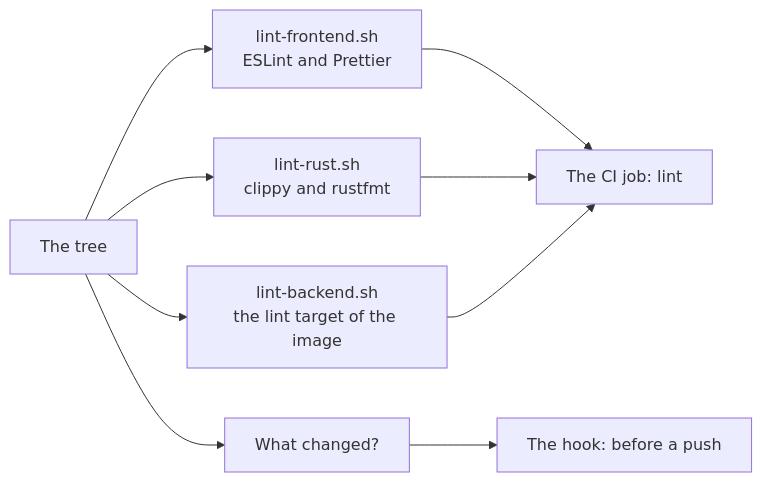
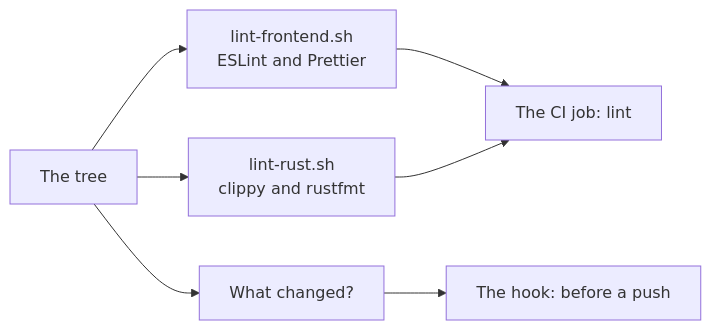
One commit to YueMi-Development/YueMi-Office changed the first of 2 diagrams in docs/linting.md. Above: the diagram before and after it, drawn with Mermaid. The commit also changed other lines of this file and 132 other files, not shown here.

````diff
--- a/docs/linting.md
+++ b/docs/linting.md
@@ -35,11 +32,9 @@
 ```mermaid
 flowchart LR
     T["The tree"] --> F["lint-frontend.sh<br/>ESLint and Prettier"]
     T --> R["lint-rust.sh<br/>clippy and rustfmt"]
-    T --> B["lint-backend.sh<br/>the lint target of the image"]
     F --> C["The CI job: lint"]
     R --> C
-    B --> C
     T --> S["What changed?"]
     S --> H["The hook: before a push"]
 ```
````
